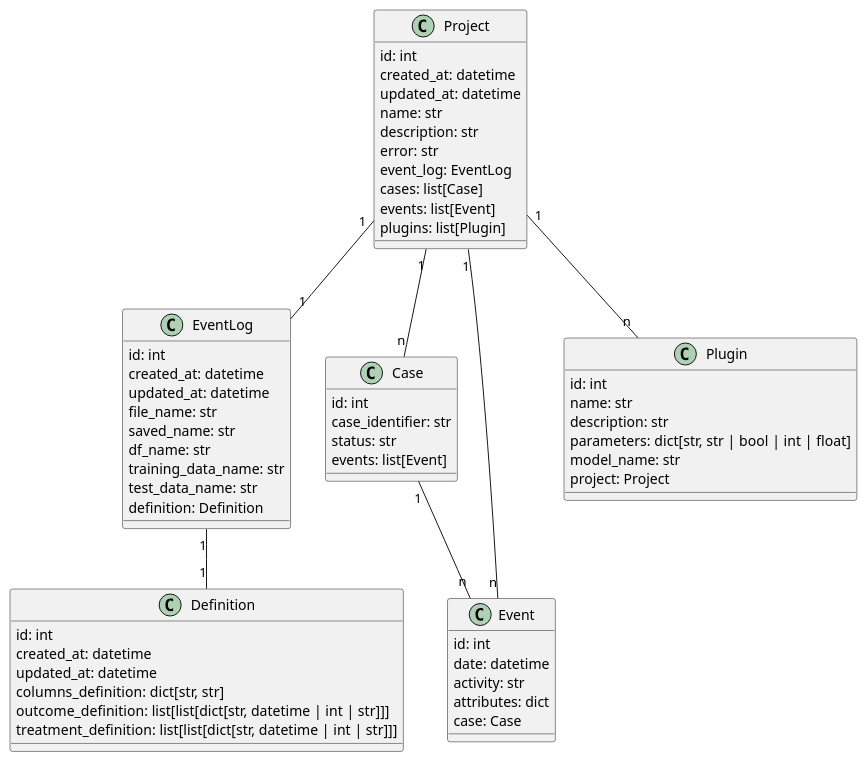
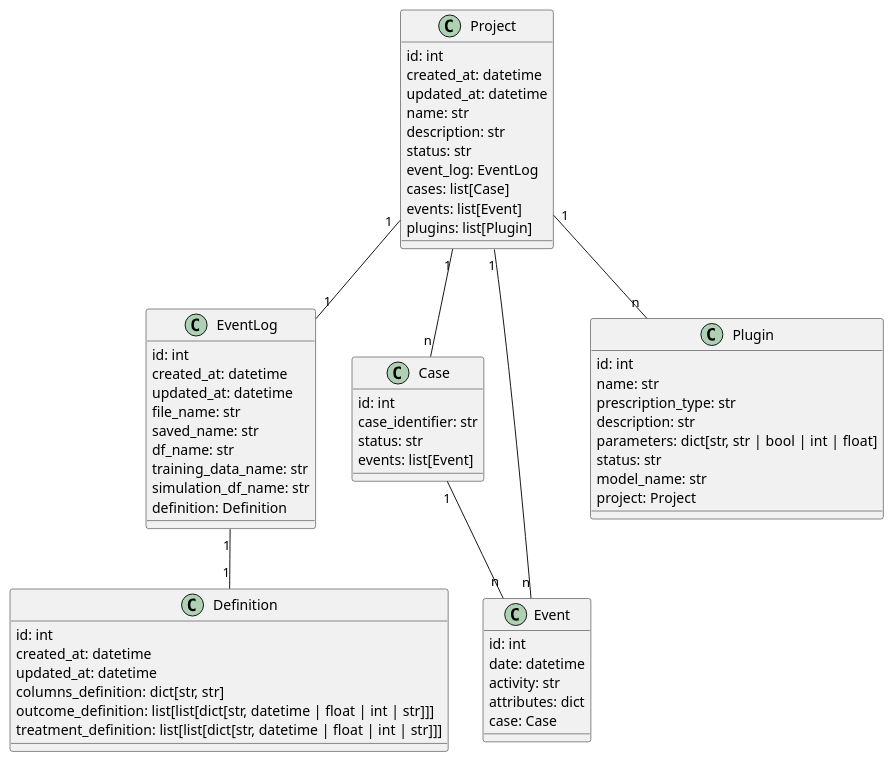
One commit to prcore/prcore changed the diagram in docs/core-classes.plantuml. Above: the diagram before and after it, drawn with PlantUML. The commit also changed 22 other files, not shown here.

```diff
--- a/docs/core-classes.plantuml
+++ b/docs/core-classes.plantuml
@@ -1,68 +1,70 @@
 @startuml core-classes
 
 class EventLog {
     id: int
     created_at: datetime
     updated_at: datetime
     file_name: str
     saved_name: str
     df_name: str
     training_data_name: str
-    test_data_name: str
+    simulation_df_name: str
     definition: Definition
 }
 
 class Definition {
     id: int
     created_at: datetime
     updated_at: datetime
     columns_definition: dict[str, str]
-    outcome_definition: list[list[dict[str, datetime | int | str]]]
-    treatment_definition: list[list[dict[str, datetime | int | str]]]
+    outcome_definition: list[list[dict[str, datetime | float | int | str]]]
+    treatment_definition: list[list[dict[str, datetime | float | int | str]]]
 }
 
 class Project {
     id: int
     created_at: datetime
     updated_at: datetime
     name: str
     description: str
-    error: str
+    status: str
     event_log: EventLog
     cases: list[Case]
     events: list[Event]
     plugins: list[Plugin]
 }
 
 class Case{
     id: int
     case_identifier: str
     status: str
     events: list[Event]
 }
 
 class Event{
     id: int
     date: datetime
     activity: str
     attributes: dict
     case: Case
 }
 
 class Plugin {
     id: int
     name: str
+    prescription_type: str
     description: str
     parameters: dict[str, str | bool | int | float]
+    status: str
     model_name: str
     project: Project
 }
 
 EventLog "1" -- "1" Definition
 Project "1" -- "1" EventLog
 Project "1" -- "n" Case
 Project "1" -- "n" Event
 Case "1" -- "n" Event
 Project "1" -- "n" Plugin
 
 @enduml
```
